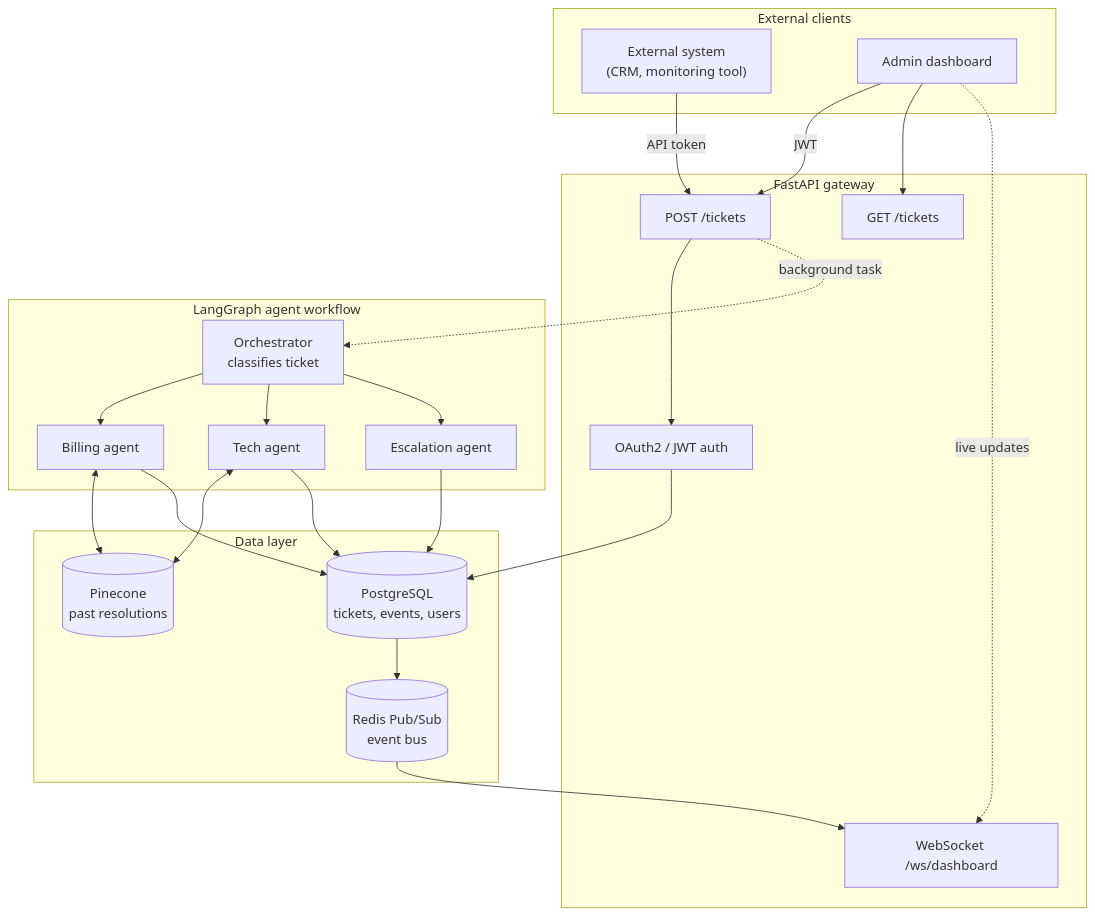
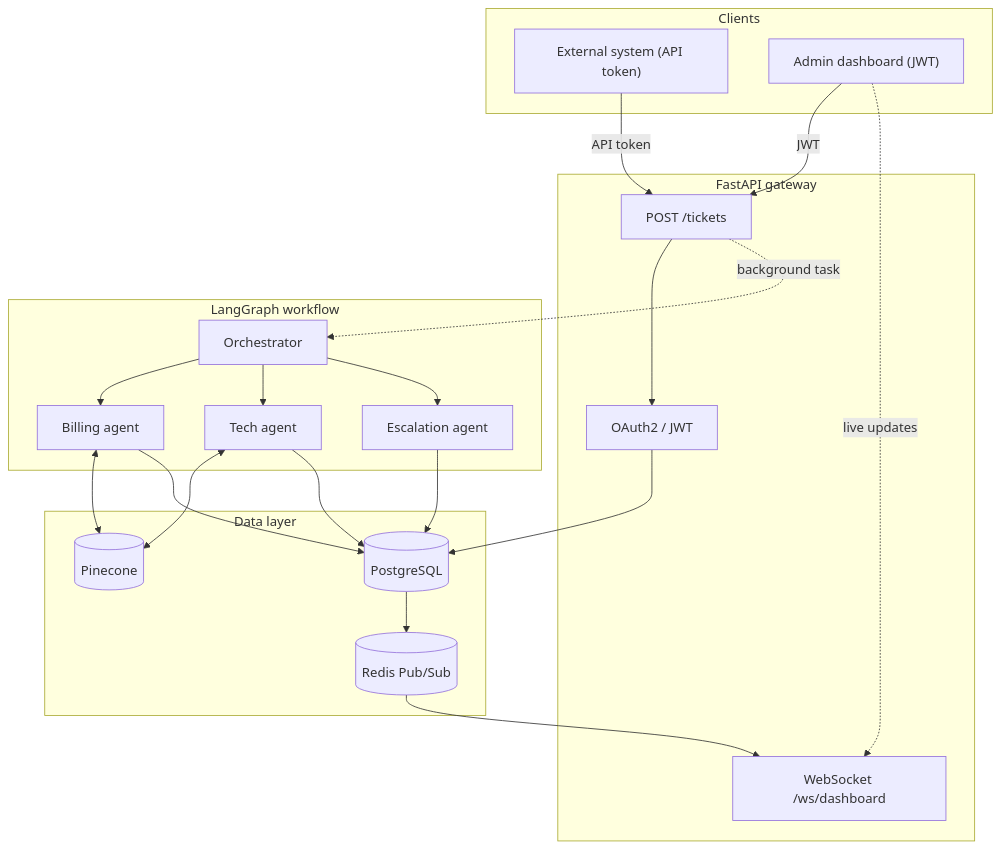
The first of 2 diagrams in README.md (husnain214/ticket-system-api), drawn with Mermaid before and after one commit. The commit also changed other lines of this file, not shown here.

````diff
--- a/README.md
+++ b/README.md
@@ -19,50 +11,39 @@
 ```mermaid
 flowchart TB
-    subgraph Client["External clients"]
-        ext["External system<br/>(CRM, monitoring tool)"]
-        admin["Admin dashboard"]
+    subgraph Client["Clients"]
+        ext["External system (API token)"]
+        admin["Admin dashboard (JWT)"]
     end
 
     subgraph API["FastAPI gateway"]
-        auth["OAuth2 / JWT auth"]
-        ticketRoute["POST /tickets"]
-        getRoutes["GET /tickets"]
+        auth["OAuth2 / JWT"]
+        tickets["POST /tickets"]
         ws["WebSocket /ws/dashboard"]
     end
 
-    subgraph Agents["LangGraph agent workflow"]
-        orch["Orchestrator<br/>classifies ticket"]
+    subgraph Agents["LangGraph workflow"]
+        orch["Orchestrator"]
         billing["Billing agent"]
         tech["Tech agent"]
         escalation["Escalation agent"]
     end
 
     subgraph Data["Data layer"]
-        pg[("PostgreSQL<br/>tickets, events, users")]
-        pinecone[("Pinecone<br/>past resolutions")]
-        redis[("Redis Pub/Sub<br/>event bus")]
+        pg[("PostgreSQL")]
+        pinecone[("Pinecone")]
+        redis[("Redis Pub/Sub")]
     end
 
-    ext -->|API token| ticketRoute
-    admin -->|JWT| ticketRoute
-    admin --> getRoutes
+    ext -->|API token| tickets
+    admin -->|JWT| tickets
     admin -.->|live updates| ws
 
-    ticketRoute --> auth
+    tickets --> auth
     auth --> pg
-    ticketRoute -.->|background task| orch
+    tickets -.->|background task| orch
 
-    orch --> billing
-    orch --> tech
-    orch --> escalation
-
-    billing <--> pinecone
-    tech <--> pinecone
-
-    billing --> pg
-    tech --> pg
-    escalation --> pg
-
-    pg --> redis
-    redis --> ws
+    orch --> billing & tech & escalation
+    billing & tech <--> pinecone
+    billing & tech & escalation --> pg
+    pg --> redis --> ws
 ```
````
